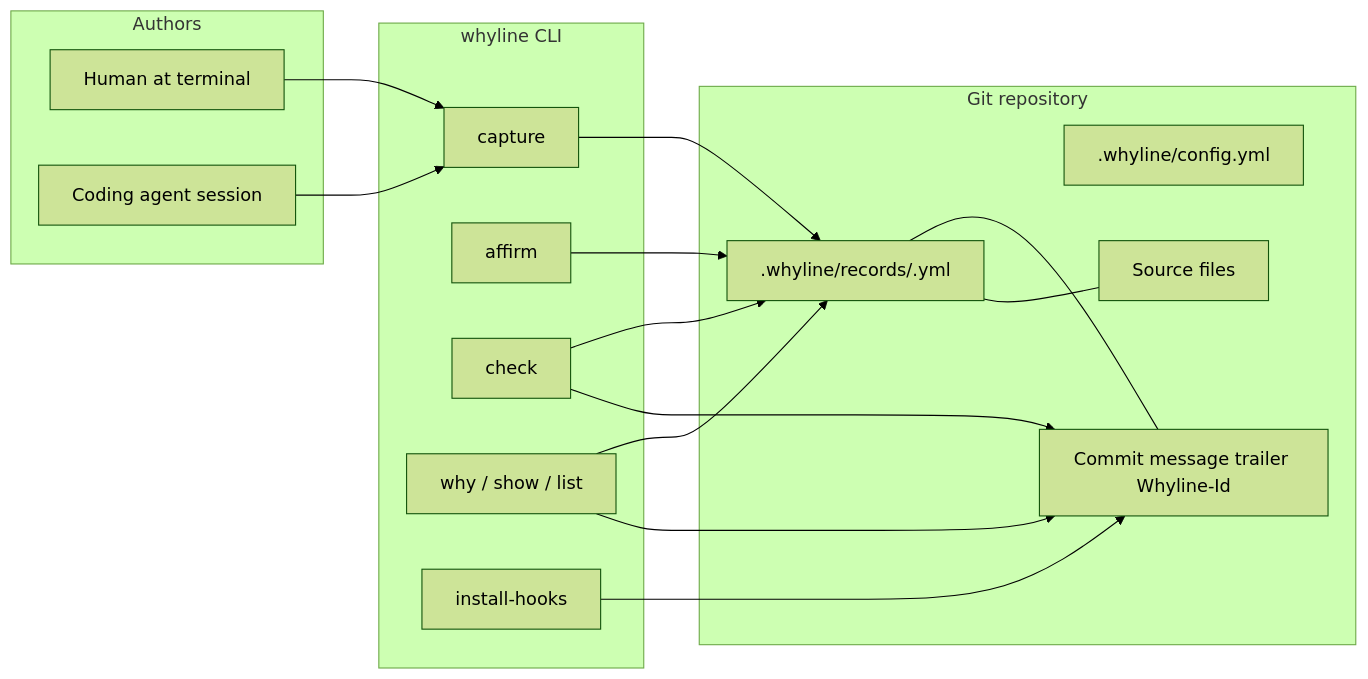
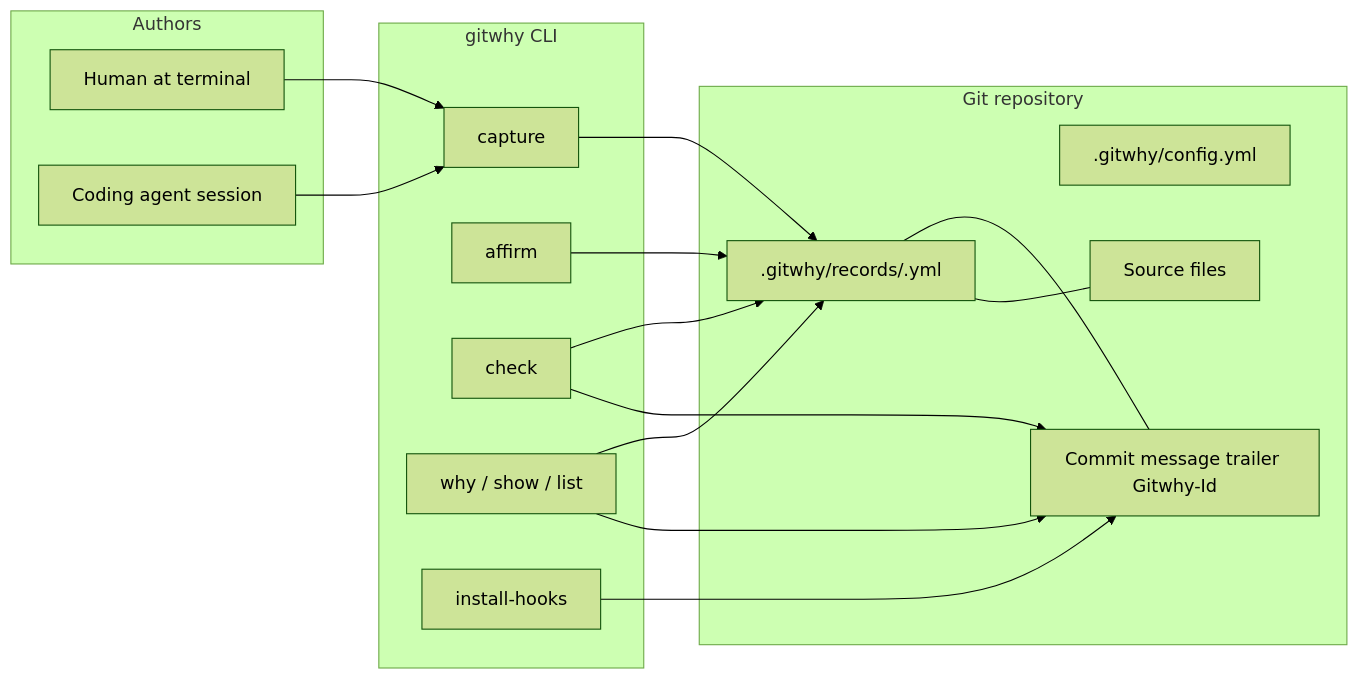
The first of 2 diagrams in docs/02-architecture.md (sabadia/gitwhy), drawn with Mermaid (forest theme) before and after one commit. The commit also changed other lines of this file and 169 other files, not shown here.

````diff
--- a/docs/02-architecture.md
+++ b/docs/02-architecture.md
@@ -10,34 +10,34 @@
 ```mermaid
 flowchart LR
   subgraph authors [Authors]
     Human[Human at terminal]
     Agent[Coding agent session]
   end
 
-  subgraph whyline [whyline CLI]
+  subgraph gitwhy [gitwhy CLI]
     Capture[capture]
     Affirm[affirm]
     Check[check]
     Why[why / show / list]
     Hooks[install-hooks]
   end
 
   subgraph repo [Git repository]
-    YAML[".whyline/records/<id>.yml"]
-    Cfg[".whyline/config.yml"]
-    Commit["Commit message trailer Whyline-Id"]
+    YAML[".gitwhy/records/<id>.yml"]
+    Cfg[".gitwhy/config.yml"]
+    Commit["Commit message trailer Gitwhy-Id"]
     Code[Source files]
   end
 
   Human --> Capture
   Agent --> Capture
   Capture --> YAML
   Affirm --> YAML
   Hooks --> Commit
   YAML --- Commit
   YAML --- Code
   Why --> YAML
   Why --> Commit
   Check --> YAML
   Check --> Commit
 ```
````
